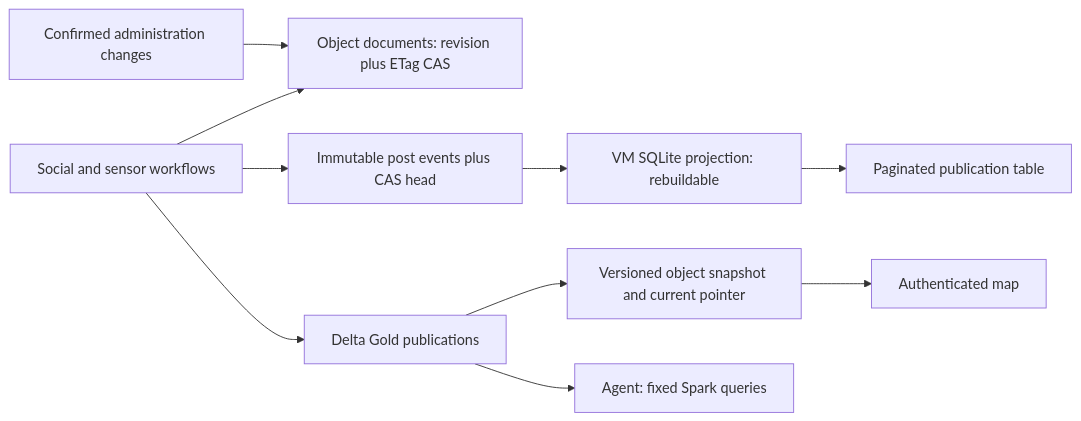
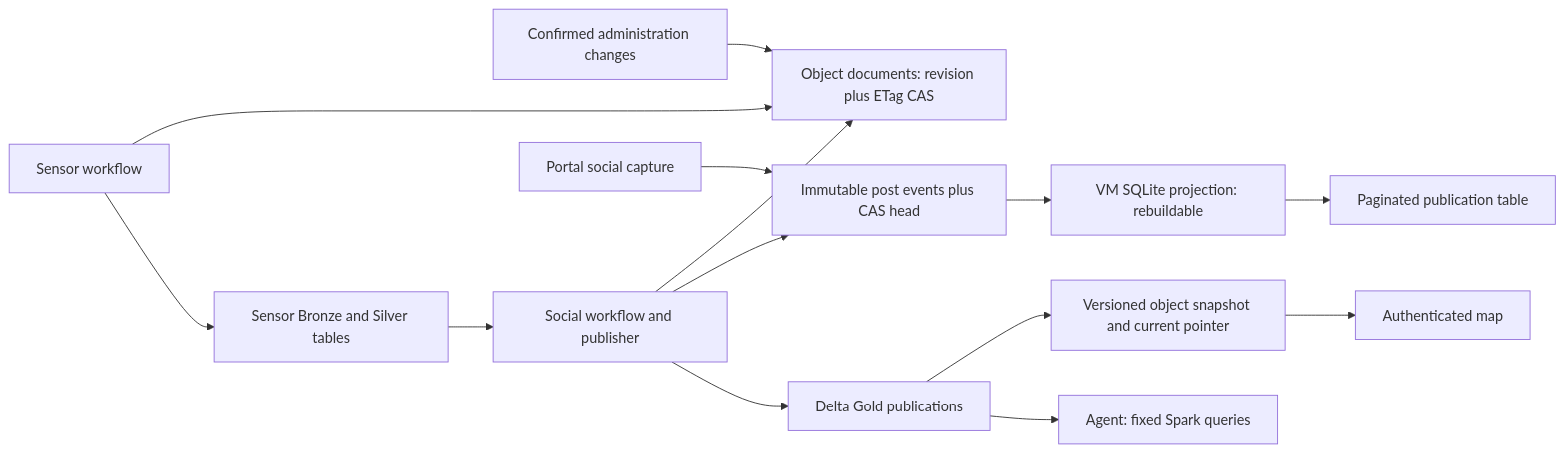
One commit to jgangini/oci-ai-data-platform-workbench-starter-kits changed the second of 3 diagrams in docs/architecture.md. Above: the diagram before and after it, drawn with Mermaid. The commit also changed other lines of this file and 355 other files, not shown here.

````diff
--- a/docs/architecture.md
+++ b/docs/architecture.md
@@ -58,12 +57,16 @@
 ```mermaid
 flowchart LR
     Admin[Confirmed administration changes] --> CAS[Object documents: revision plus ETag CAS]
-    Streams[Social and sensor workflows] --> CAS
-    Streams --> Journal[Immutable post events plus CAS head]
+    Social[Social workflow and publisher] --> CAS
+    Sensor[Sensor workflow] --> CAS
+    Sensor --> Silver[Sensor Bronze and Silver tables]
+    Silver --> Social
+    Capture[Portal social capture] --> Journal
+    Social --> Journal[Immutable post events plus CAS head]
     Journal --> Index[VM SQLite projection: rebuildable]
     Index --> Table[Paginated publication table]
-    Streams --> Gold[Delta Gold publications]
+    Social --> Gold[Delta Gold publications]
     Gold --> Snapshot[Versioned object snapshot and current pointer]
     Snapshot --> Viewer[Authenticated map]
     Gold --> Agent[Agent: fixed Spark queries]
 ```
````
